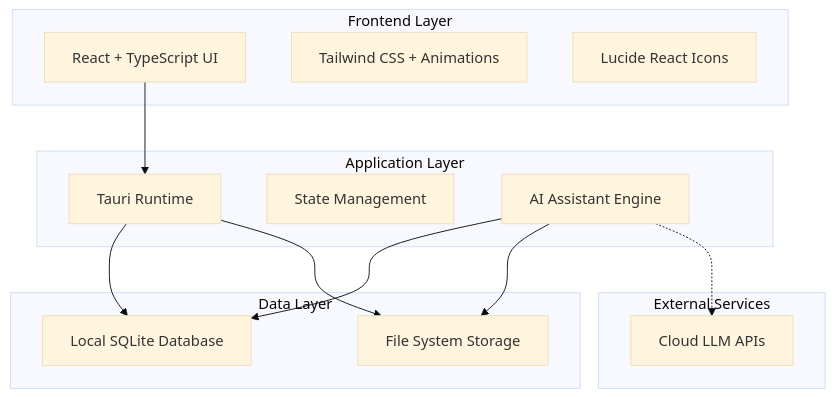
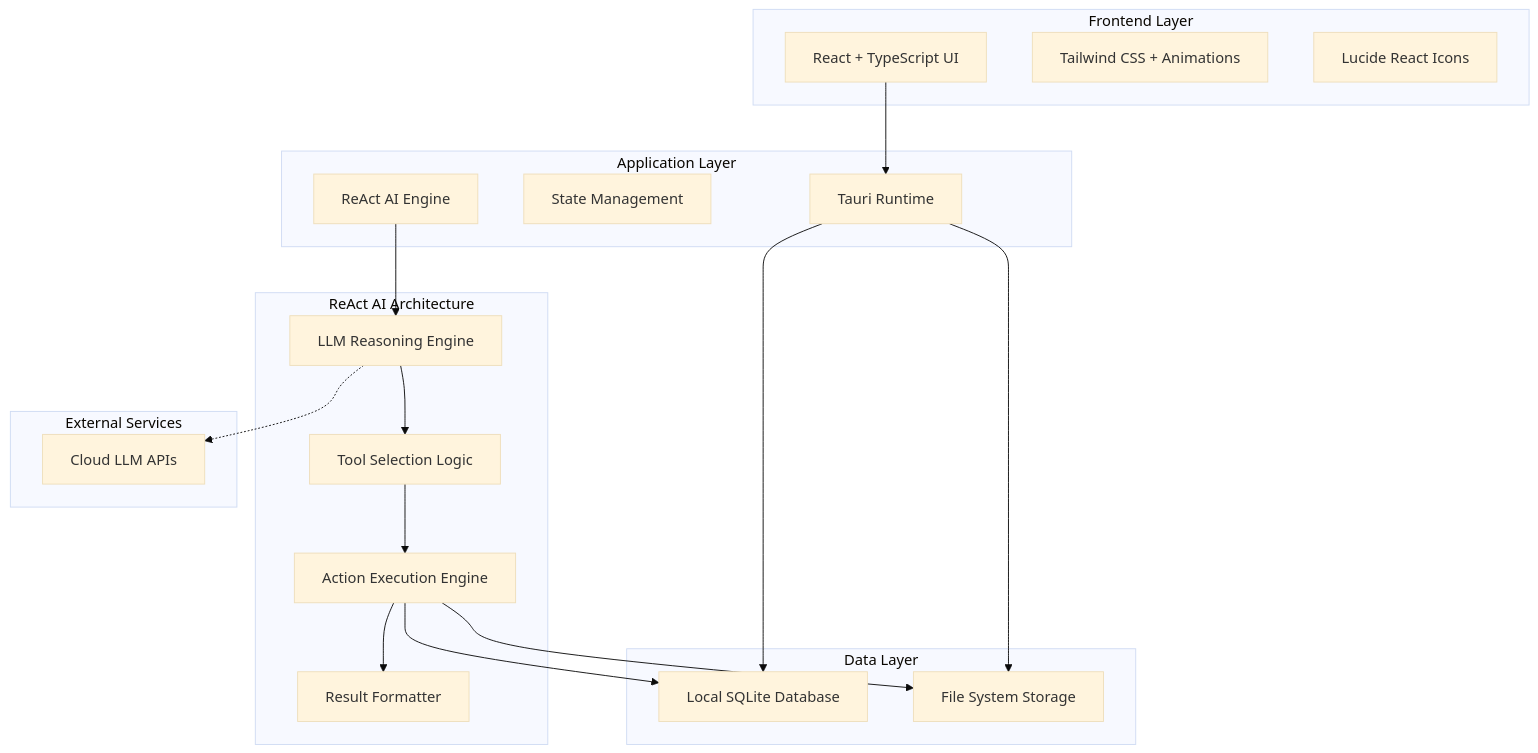
One commit to vietanhdev/kirapilot-app changed the first of 2 diagrams in .kiro/specs/kirapilot-app/design.md. Above: the diagram before and after it, drawn with Mermaid (base theme). The commit also changed other lines of this file and 6 other files, not shown here.

````diff
--- a/.kiro/specs/kirapilot-app/design.md
+++ b/.kiro/specs/kirapilot-app/design.md
@@ -11,30 +11,41 @@
 ```mermaid
 graph TB
     subgraph "Frontend Layer"
         A[React + TypeScript UI]
         B[Tailwind CSS + Animations]
         C[Lucide React Icons]
     end
 
     subgraph "Application Layer"
         D[Tauri Runtime]
         E[State Management]
-        F[AI Assistant Engine]
+        F[ReAct AI Engine]
+    end
+
+    subgraph "ReAct AI Architecture"
+        F1[LLM Reasoning Engine]
+        F2[Tool Selection Logic]
+        F3[Action Execution Engine]
+        F4[Result Formatter]
     end
 
     subgraph "Data Layer"
         G[Local SQLite Database]
         H[File System Storage]
     end
 
     subgraph "External Services"
         J[Cloud LLM APIs]
     end
 
     A --> D
     D --> G
     D --> H
-    F --> G
-    F --> H
-    F -.-> J
+    F --> F1
+    F1 --> F2
+    F2 --> F3
+    F3 --> F4
+    F1 -.-> J
+    F3 --> G
+    F3 --> H
 ```
````
